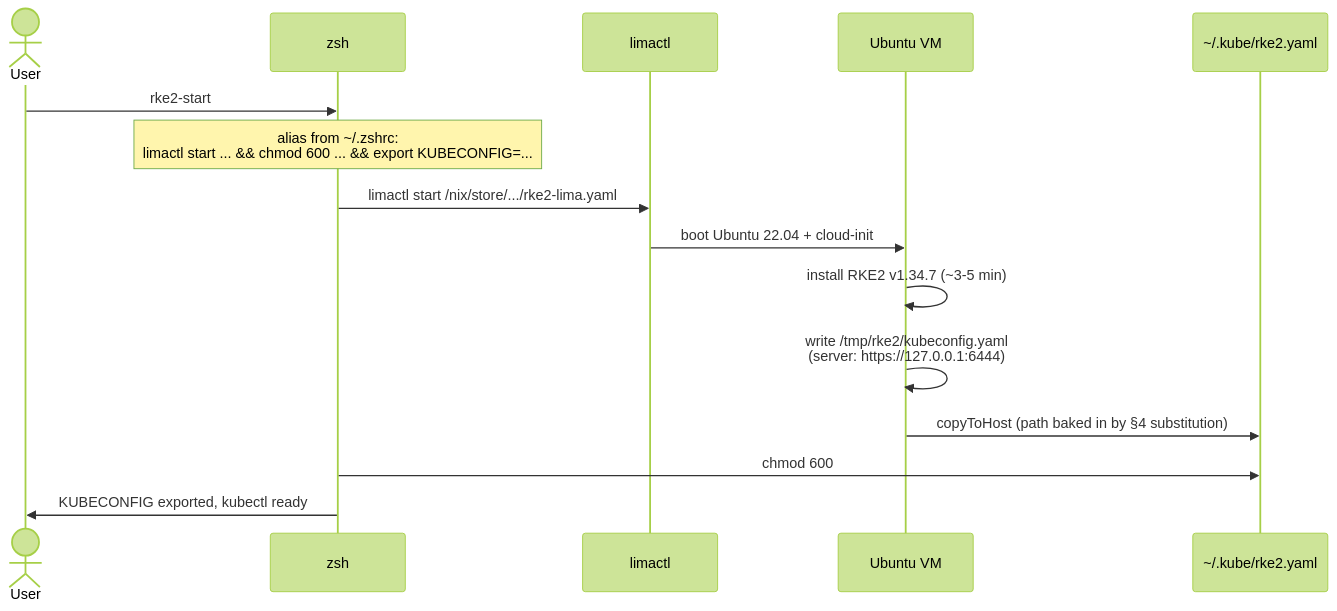
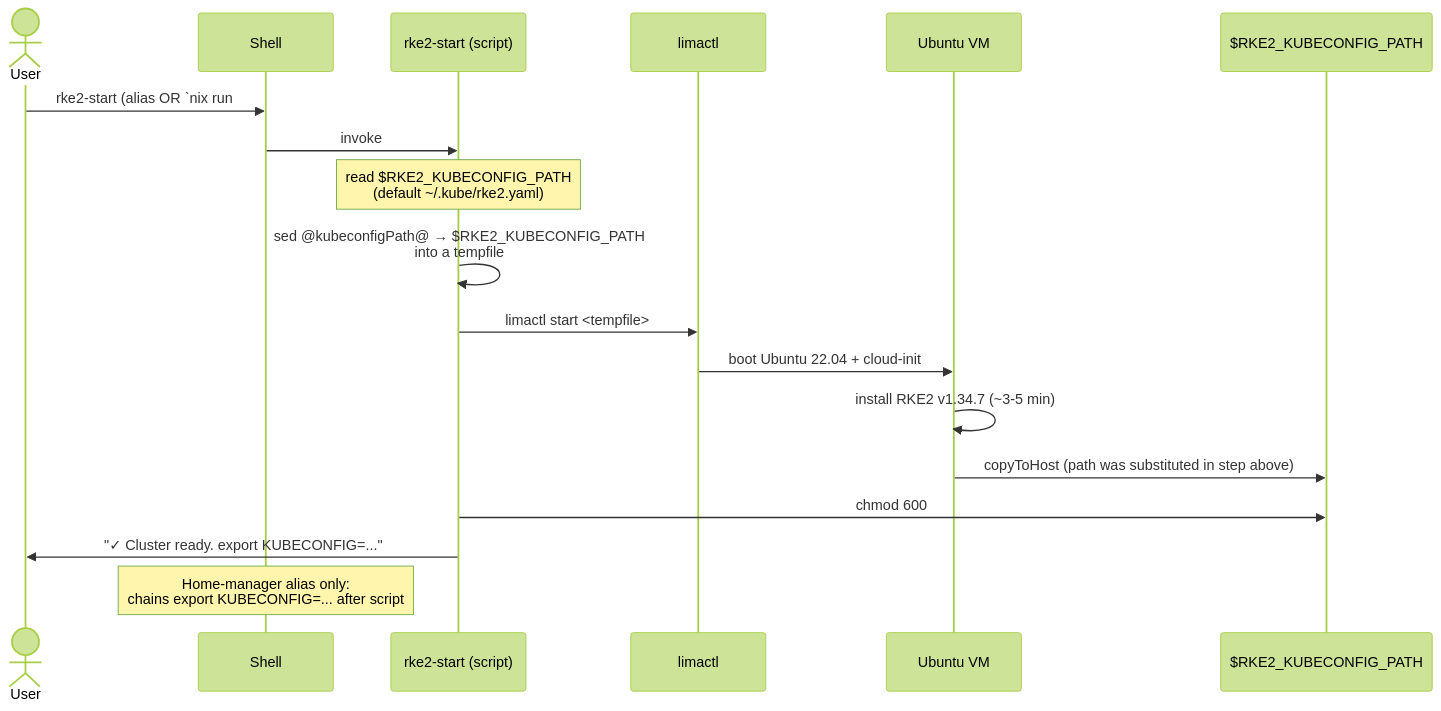
The sixth of 6 diagrams in README.md (jsandov/nix-k8s-lima), drawn with Mermaid (forest theme) before and after one commit. The commit also changed other lines of this file, not shown here.

````diff
--- a/README.md
+++ b/README.md
@@ -65,18 +89,21 @@
 ```mermaid
 sequenceDiagram
     actor User
-    participant Shell as zsh
+    participant Sh as Shell
+    participant Script as rke2-start (script)
     participant Lima as limactl
     participant VM as Ubuntu VM
-    participant Host as ~/.kube/rke2.yaml
+    participant Host as $RKE2_KUBECONFIG_PATH
 
-    User->>Shell: rke2-start
-    Note over Shell: alias from ~/.zshrc:<br/>limactl start ... && chmod 600 ... && export KUBECONFIG=...
-    Shell->>Lima: limactl start /nix/store/.../rke2-lima.yaml
+    User->>Sh: rke2-start  (alias OR `nix run #rke2-start`)
+    Sh->>Script: invoke
+    Note over Script: read $RKE2_KUBECONFIG_PATH<br/>(default ~/.kube/rke2.yaml)
+    Script->>Script: sed @kubeconfigPath@ → $RKE2_KUBECONFIG_PATH<br/>into a tempfile
+    Script->>Lima: limactl start <tempfile>
     Lima->>VM: boot Ubuntu 22.04 + cloud-init
     VM->>VM: install RKE2 v1.34.7 (~3-5 min)
-    VM->>VM: write /tmp/rke2/kubeconfig.yaml<br/>(server: https://127.0.0.1:6444)
-    VM->>Host: copyToHost (path baked in by §4 substitution)
-    Shell->>Host: chmod 600
-    Shell->>User: KUBECONFIG exported, kubectl ready
+    VM->>Host: copyToHost (path was substituted in step above)
+    Script->>Host: chmod 600
+    Script->>User: "✓ Cluster ready. export KUBECONFIG=..."
+    Note over Sh: Home-manager alias only:<br/>chains export KUBECONFIG=... after script
 ```
````
